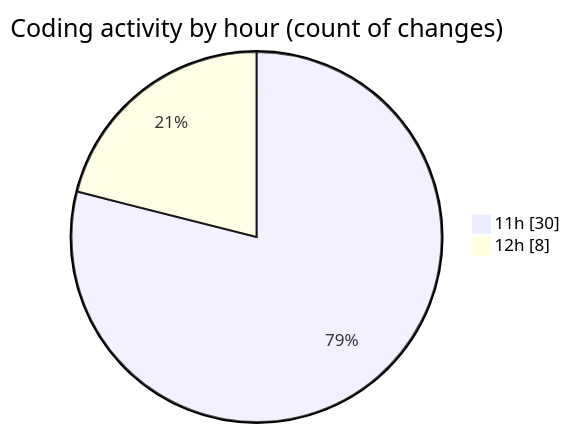
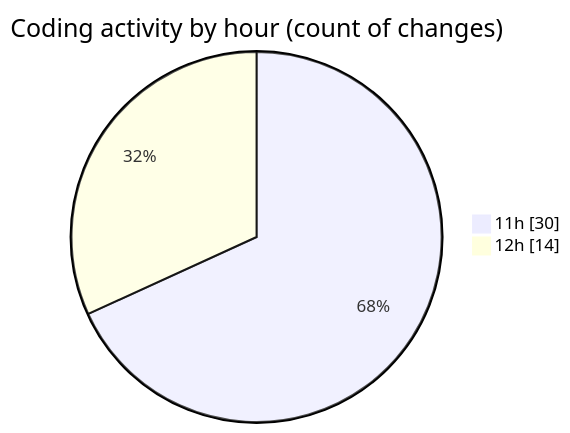
Before and after one commit to lephambinh05/code-tracking: the second of 2 diagrams in 2025-08-25/studybuddy/README.md, drawn with Mermaid. The commit also changed other lines of this file and 1 other file, not shown here.

````diff
--- a/2025-08-25/studybuddy/README.md
+++ b/2025-08-25/studybuddy/README.md
@@ -52,6 +56,6 @@
 ```mermaid
 pie showData
 title Coding activity by hour (count of changes)
 "11h" : 30
-"12h" : 8
+"12h" : 14
 ```
````
